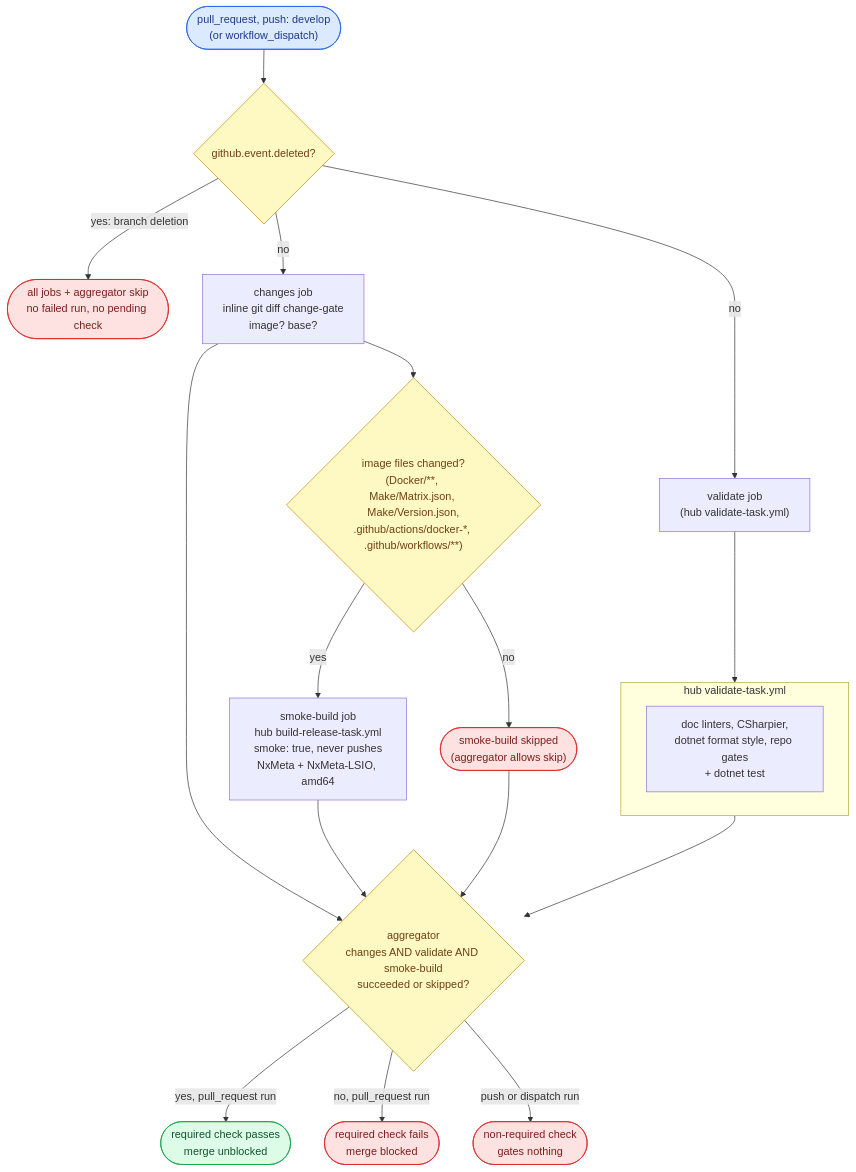
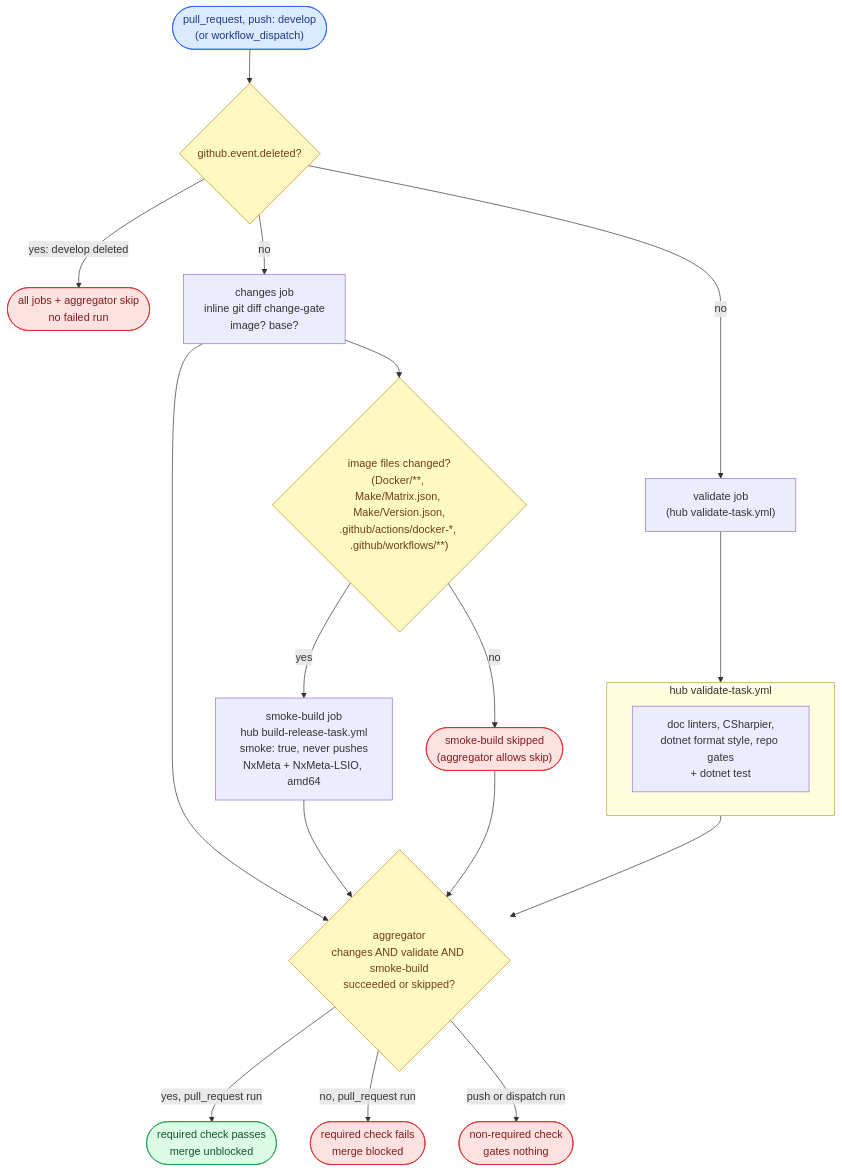
Before and after one commit to ptr727/NxWitness: the first of 4 diagrams in WORKFLOW.md, drawn with Mermaid. The commit also changed other lines of this file, not shown here.

First line of the commit message:
Describe the Deletion Guard for the Pull-Request CI Trigger

````diff
--- a/WORKFLOW.md
+++ b/WORKFLOW.md
@@ -248,27 +248,27 @@
 ```mermaid
 flowchart TD
     T(["pull_request, push: develop<br/>(or workflow_dispatch)"]):::trig
     T --> D{"github.event.deleted?"}:::gate
-    D -- "yes: branch deletion" --> X(["all jobs + aggregator skip<br/>no failed run, no pending check"]):::stop
+    D -- "yes: develop deleted" --> X(["all jobs + aggregator skip<br/>no failed run"]):::stop
     D -- "no" --> CH["changes job<br/>inline git diff change-gate<br/>image? base?"]
     D -- "no" --> V["validate job<br/>(hub validate-task.yml)"]
     subgraph VT ["hub validate-task.yml"]
         VU["doc linters, CSharpier,<br/>dotnet format style, repo gates<br/>+ dotnet test"]
     end
     V --> VT
     CH --> SG{"image files changed?<br/>(Docker/**, Make/Matrix.json, Make/Version.json,<br/>.github/actions/docker-*, .github/workflows/**)"}:::gate
     SG -- "no" --> SS(["smoke-build skipped<br/>(aggregator allows skip)"]):::stop
     SG -- "yes" --> S["smoke-build job<br/>hub build-release-task.yml<br/>smoke: true, never pushes<br/>NxMeta + NxMeta-LSIO, amd64"]
     CH --> A
     VT --> A
     S --> A
     SS --> A
     A{"aggregator<br/>changes AND validate AND smoke-build<br/>succeeded or skipped?"}:::gate
     A -- "yes, pull_request run" --> G(["required check passes<br/>merge unblocked"]):::pub
     A -- "no, pull_request run" --> R(["required check fails<br/>merge blocked"]):::stop
     A -- "push or dispatch run" --> N(["non-required check<br/>gates nothing"]):::stop
     classDef trig fill:#dbeafe,stroke:#2563eb,color:#1e3a8a
     classDef gate fill:#fef9c3,stroke:#ca8a04,color:#713f12
     classDef pub fill:#dcfce7,stroke:#16a34a,color:#14532d
     classDef stop fill:#fee2e2,stroke:#dc2626,color:#7f1d1d
 ```
````
